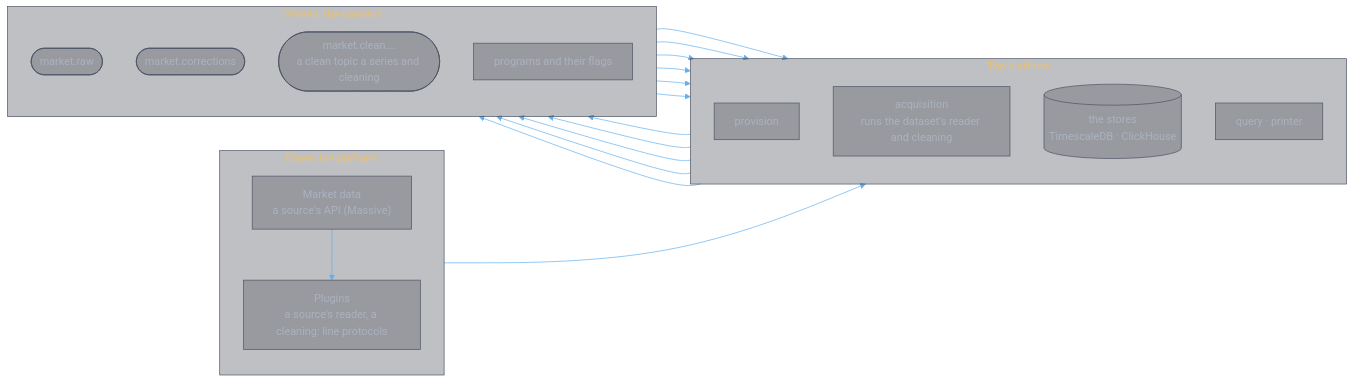
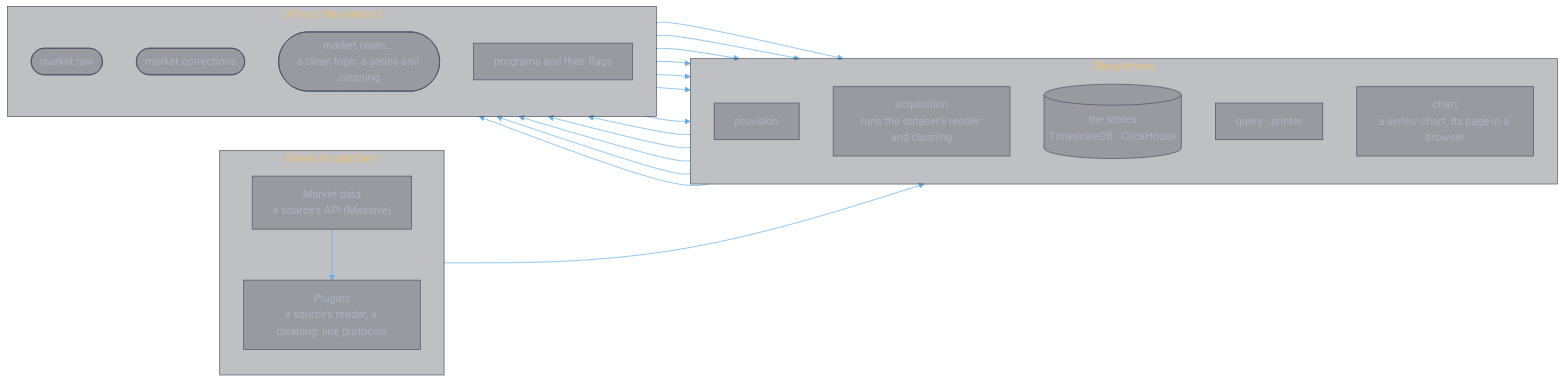
Before and after one commit to zhifengzhang-sz/qi-v2-platform: the diagram in README.md, drawn with Mermaid. The commit also changed other lines of this file and 23 other files, not shown here.

````diff
--- a/README.md
+++ b/README.md
@@ -49,38 +51,40 @@
 ```mermaid
 %%{init: {'theme': 'base', 'themeVariables': {'primaryColor': '#3e44514D', 'primaryTextColor': '#abb2bf', 'primaryBorderColor': '#4b5263', 'lineColor': '#61afef', 'secondaryColor': '#2c313a4D', 'secondaryTextColor': '#abb2bf', 'secondaryBorderColor': '#4b5263', 'tertiaryColor': '#282c344D', 'mainBkg': '#3e44514D', 'nodeBorder': '#4b5263', 'clusterBkg': '#2c313a4D', 'clusterBorder': '#4b5263', 'titleColor': '#e5c07b', 'edgeLabelBackground': '#282c34', 'textColor': '#abb2bf', 'background': '#282c34'}}}%%
 graph LR
     subgraph IN["Enters the platform"]
         direction TB
         MD["Market data<br/>a source's API (Massive)"]
         PLG["Plugins<br/>a source's reader, a cleaning: line protocols"]
     end
 
     subgraph PL["The platform"]
         direction TB
         PRV["provision"]
         ACQ["acquisition<br/>runs the dataset's reader and cleaning"]
         ST[("the stores<br/>TimescaleDB · ClickHouse")]
         Q["query · printer"]
+        CH["chart<br/>a series' chart, its page in a browser"]
     end
 
     subgraph OUT["Offered: the contract"]
         direction TB
         T_RAW(["market.raw"])
         T_COR(["market.corrections"])
         T_CLN(["market.clean.…<br/>a clean topic a series and cleaning"])
         PROGS["programs and their flags"]
     end
 
     MD --> PLG --> ACQ
     PRV --> T_RAW
     PRV --> T_COR
     ACQ --> T_RAW
     ACQ --> T_COR
     ACQ --> T_CLN
     T_RAW --> ST
     T_COR --> ST
     T_CLN --> ST
     T_RAW --> Q
     T_COR --> Q
     T_CLN --> Q
+    T_CLN --> CH
 ```
````
